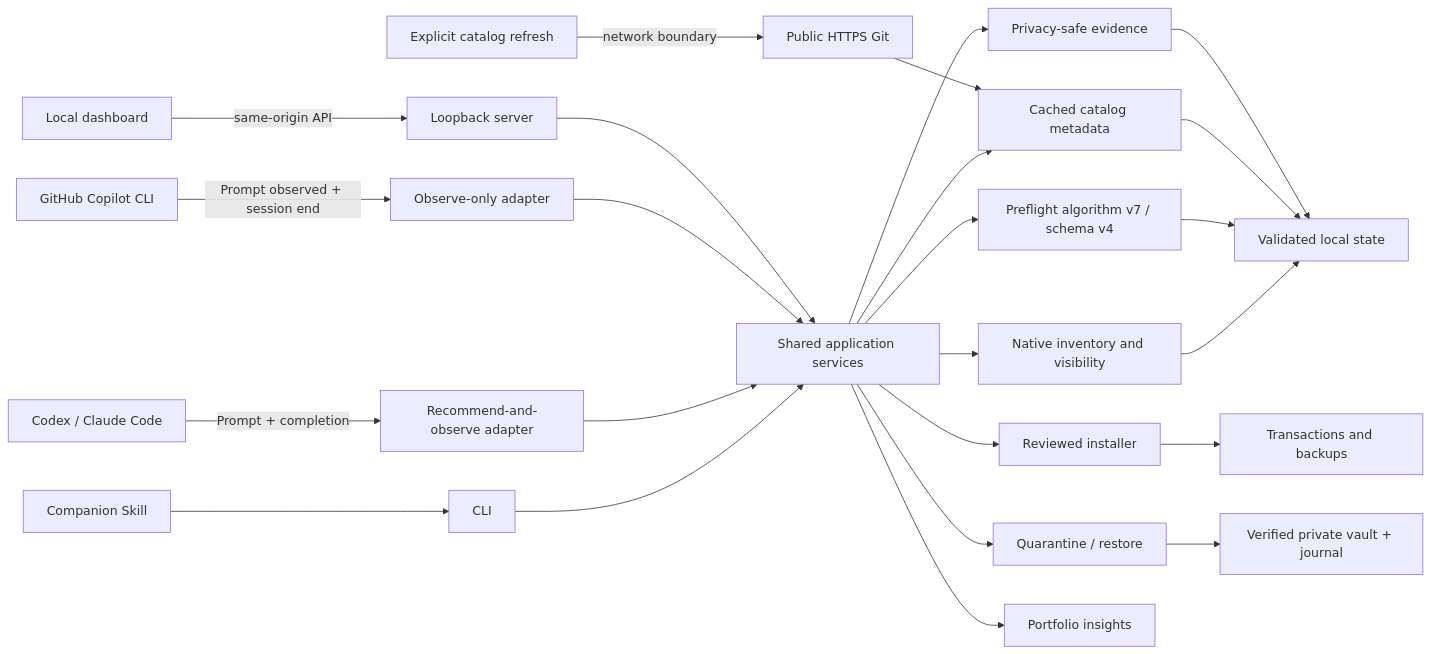
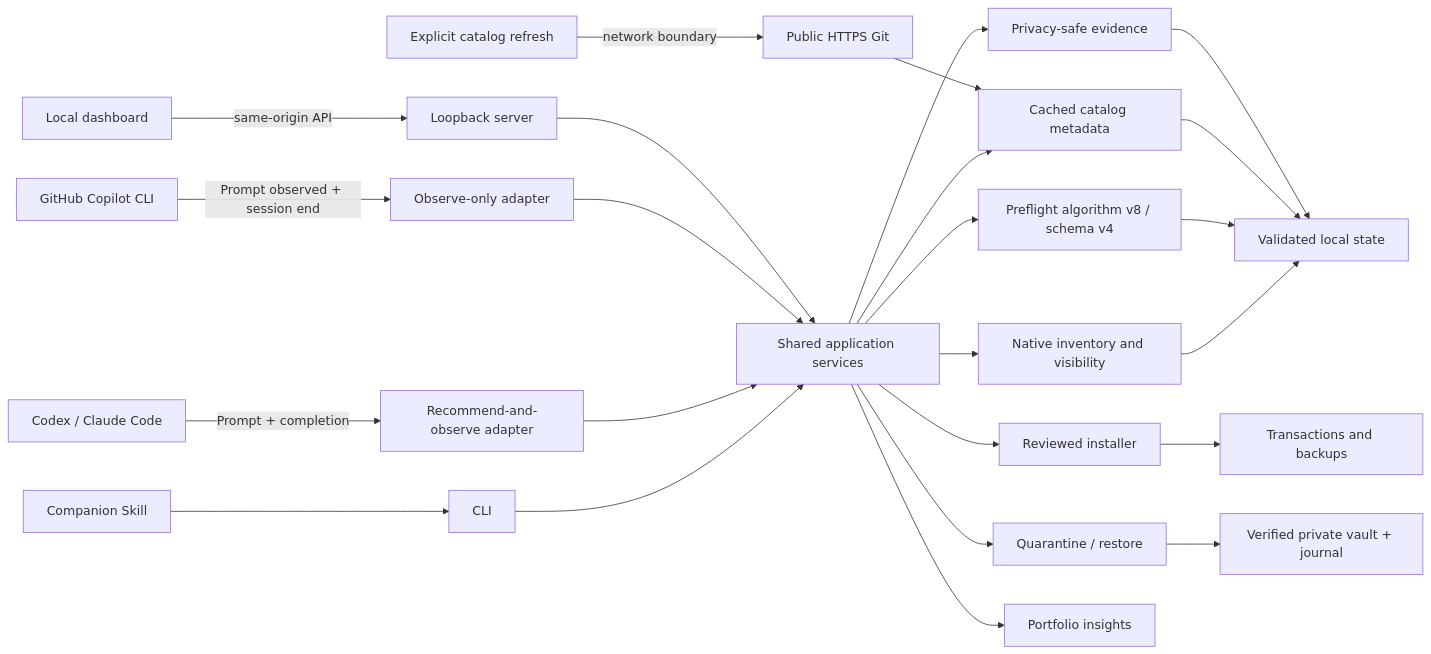
One commit to CongBao/skill-steward changed the diagram in docs/architecture.md. Above: the diagram before and after it, drawn with Mermaid. The commit also changed other lines of this file and 27 other files, not shown here.

````diff
--- a/docs/architecture.md
+++ b/docs/architecture.md
@@ -5,26 +5,26 @@
 ```mermaid
 flowchart LR
   Harness[Codex / Claude Code] -->|Prompt + completion| Hook[Recommend-and-observe adapter]
   Copilot[GitHub Copilot CLI] -->|Prompt observed + session end| Observe[Observe-only adapter]
   Companion[Companion Skill] --> CLI[CLI]
   Browser[Local dashboard] -->|same-origin API| Server[Loopback server]
   CLI --> Services[Shared application services]
   Hook --> Services
   Observe --> Services
   Server --> Services
   Services --> Inventory[Native inventory and visibility]
-  Services --> Preflight[Preflight algorithm v7 / schema v4]
+  Services --> Preflight[Preflight algorithm v8 / schema v4]
   Services --> Catalog[Cached catalog metadata]
   Services --> Installer[Reviewed installer]
   Services --> Evidence[Privacy-safe evidence]
   Services --> Governance[Quarantine / restore]
   Services --> Insights[Portfolio insights]
   Inventory --> Store
   Preflight --> Store[Validated local state]
   Catalog --> Store
   Installer --> Journal[Transactions and backups]
   Evidence --> Store
   Governance --> Vault[Verified private vault + journal]
   Refresh[Explicit catalog refresh] -->|network boundary| PublicGit[Public HTTPS Git]
   PublicGit --> Catalog
 ```
````
